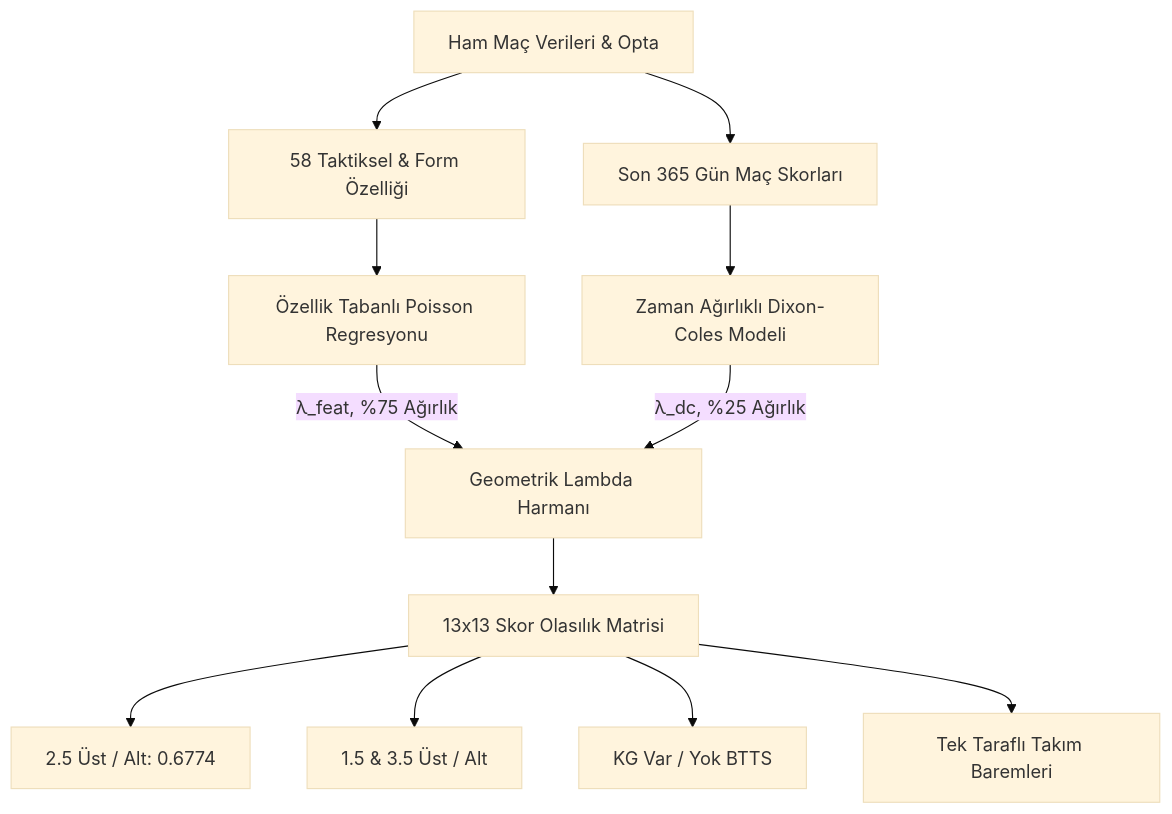
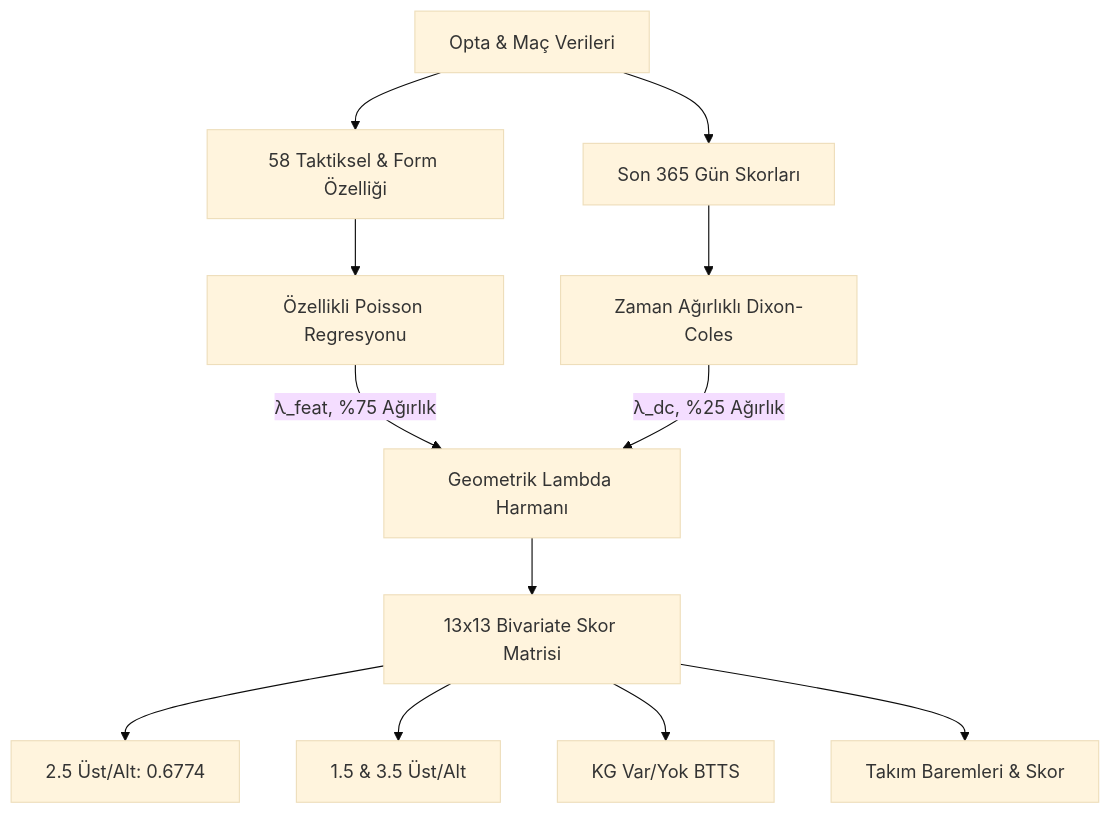
Before and after one commit to Shyesilbas/premierleaugemodel: the diagram in reports/premier_league_goal_model_comprehensive_report.md, drawn with Mermaid (base theme). The commit also changed other lines of this file and 2 other files, not shown here.

````diff
--- a/reports/premier_league_goal_model_comprehensive_report.md
+++ b/reports/premier_league_goal_model_comprehensive_report.md
@@ -46,14 +51,14 @@
 ```mermaid
 graph TD
-    A[Ham Maç Verileri & Opta] --> B[58 Taktiksel & Form Özelliği]
-    B --> C[Özellik Tabanlı Poisson Regresyonu]
-    A --> D[Son 365 Gün Maç Skorları]
-    D --> E[Zaman Ağırlıklı Dixon-Coles Modeli]
+    A[Opta & Maç Verileri] --> B[58 Taktiksel & Form Özelliği]
+    B --> C[Özellikli Poisson Regresyonu]
+    A --> D[Son 365 Gün Skorları]
+    D --> E[Zaman Ağırlıklı Dixon-Coles]
     C -->|λ_feat, %75 Ağırlık| F[Geometrik Lambda Harmanı]
     E -->|λ_dc, %25 Ağırlık| F
-    F --> G[13x13 Skor Olasılık Matrisi]
-    G --> H[2.5 Üst / Alt: 0.6774]
-    G --> I[1.5 & 3.5 Üst / Alt]
-    G --> J[KG Var / Yok BTTS]
-    G --> K[Tek Taraflı Takım Baremleri]
+    F --> G[13x13 Bivariate Skor Matrisi]
+    G --> H[2.5 Üst/Alt: 0.6774]
+    G --> I[1.5 & 3.5 Üst/Alt]
+    G --> J[KG Var/Yok BTTS]
+    G --> K[Takım Baremleri & Skor]
 ```
````
